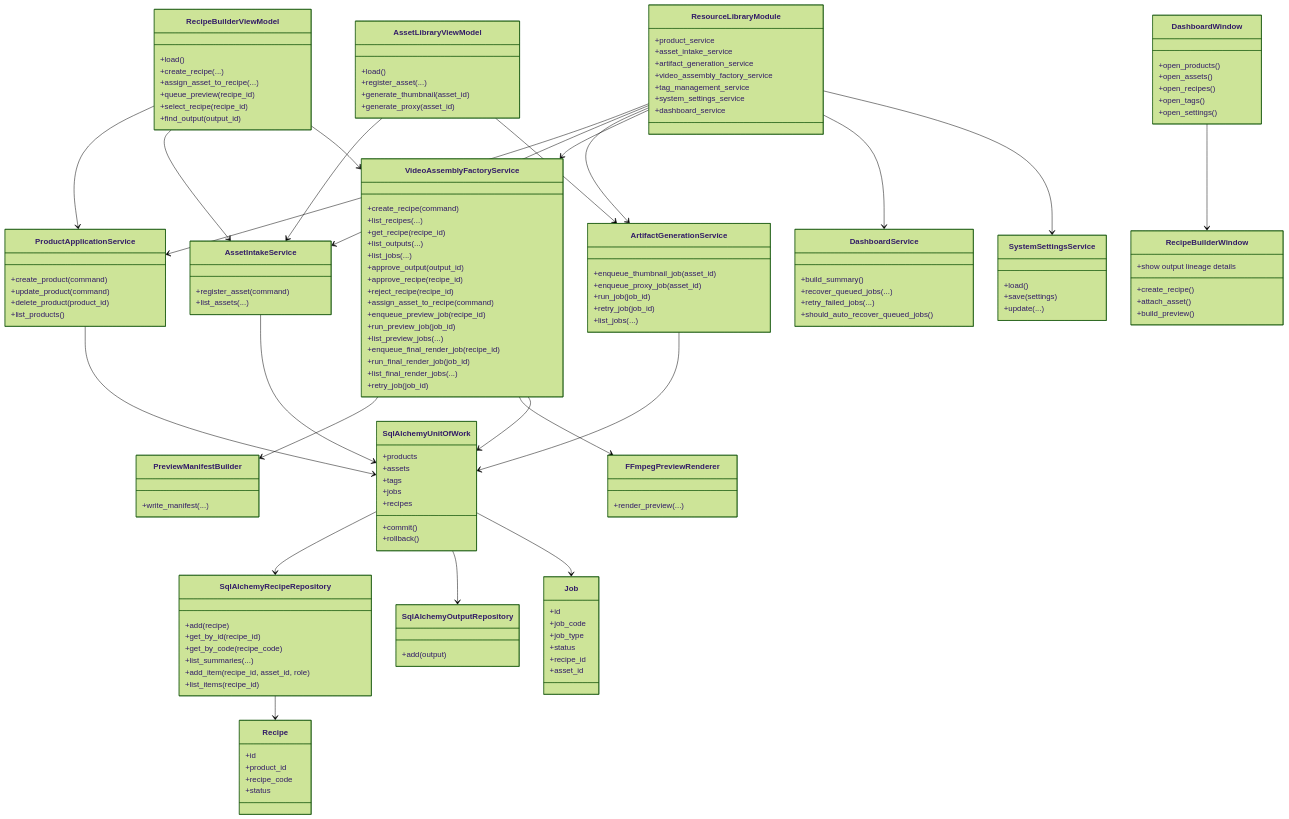
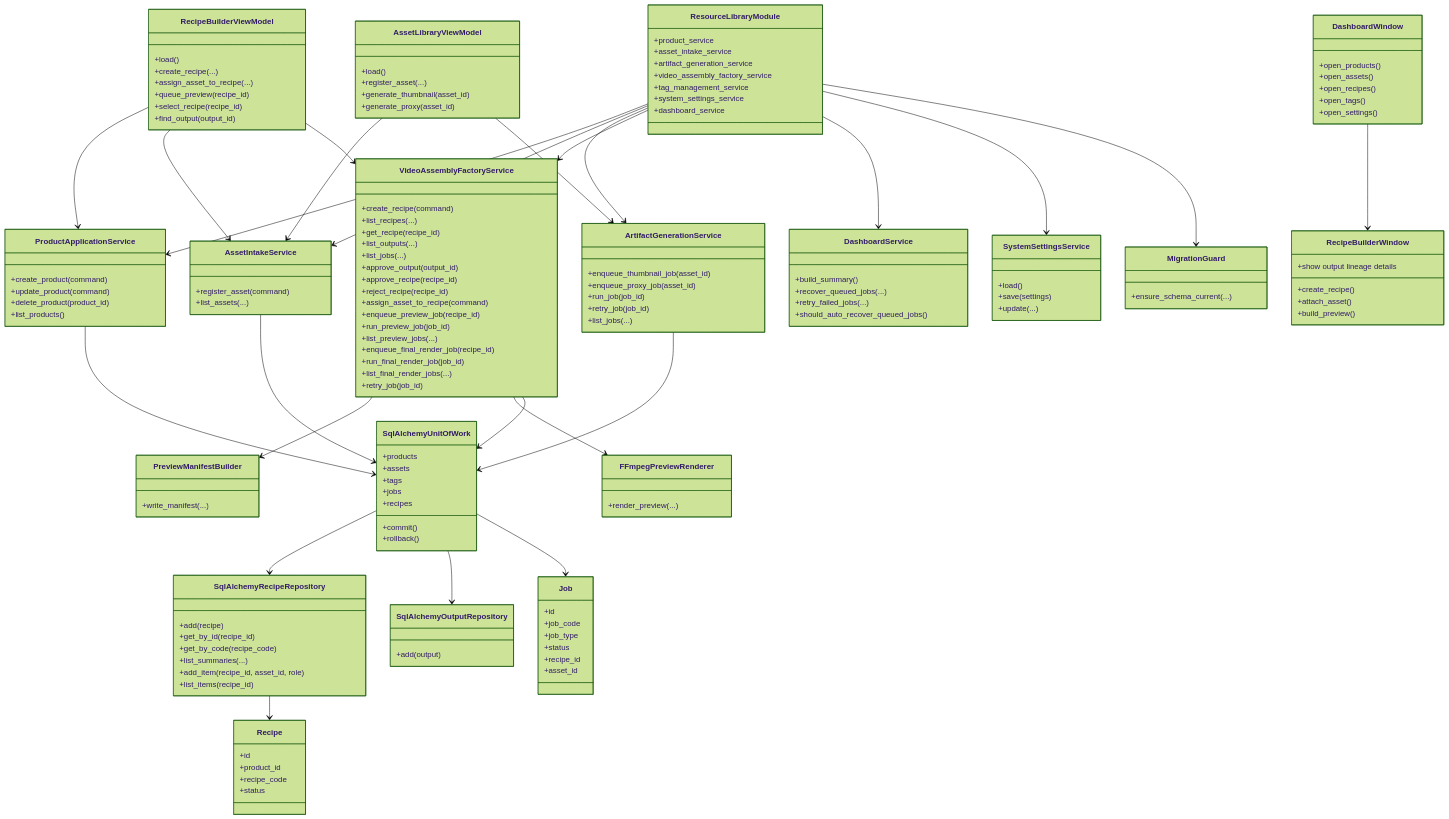
One commit to idev006/MTClipFactory changed the second of 12 diagrams in doc/10_UML_System_Overview.md. Above: the diagram before and after it, drawn with Mermaid (forest theme). The commit also changed other lines of this file and 25 other files, not shown here.

```diff
--- a/doc/10_UML_System_Overview.md
+++ b/doc/10_UML_System_Overview.md
@@ -86,6 +86,10 @@
         +load()
         +save(settings)
         +update(...)
+    }
+
+    class MigrationGuard {
+        +ensure_schema_current(...)
     }
 
     class AssetLibraryViewModel {
@@ -168,6 +172,7 @@
     ResourceLibraryModule --> VideoAssemblyFactoryService
     ResourceLibraryModule --> DashboardService
     ResourceLibraryModule --> SystemSettingsService
+    ResourceLibraryModule --> MigrationGuard
     AssetLibraryViewModel --> AssetIntakeService
     AssetLibraryViewModel --> ArtifactGenerationService
     RecipeBuilderViewModel --> ProductApplicationService
```
